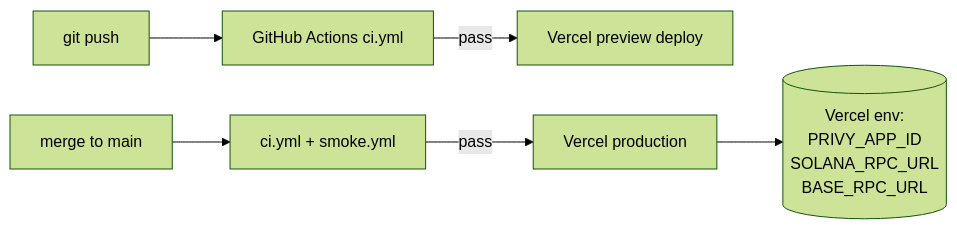
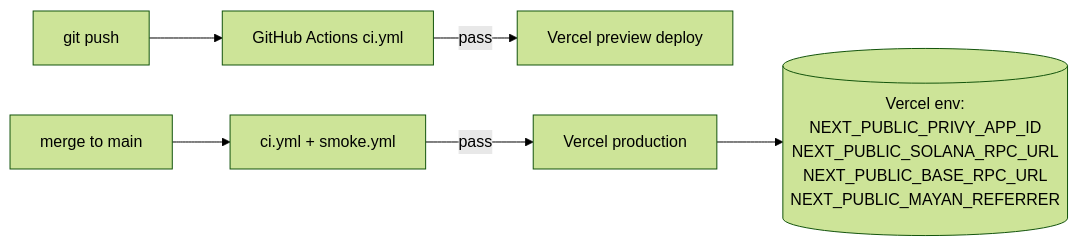
One commit to Milerius/kast-project changed the seventh of 7 diagrams in docs/ARCHITECTURE.md. Above: the diagram before and after it, drawn with Mermaid (forest theme). The commit also changed other lines of this file and 1 other file, not shown here.

````diff
--- a/docs/ARCHITECTURE.md
+++ b/docs/ARCHITECTURE.md
@@ -283,9 +331,9 @@
 ```mermaid
 graph LR
     push[git push] --> gha[GitHub Actions ci.yml]
     gha -->|pass| vercel[Vercel preview deploy]
     merge[merge to main] --> gha2[ci.yml + smoke.yml]
     gha2 -->|pass| prod[Vercel production]
 
-    prod --> env[(Vercel env:<br/>PRIVY_APP_ID<br/>SOLANA_RPC_URL<br/>BASE_RPC_URL)]
+    prod --> env[(Vercel env:<br/>NEXT_PUBLIC_PRIVY_APP_ID<br/>NEXT_PUBLIC_SOLANA_RPC_URL<br/>NEXT_PUBLIC_BASE_RPC_URL<br/>NEXT_PUBLIC_MAYAN_REFERRER)]
 ```
````
